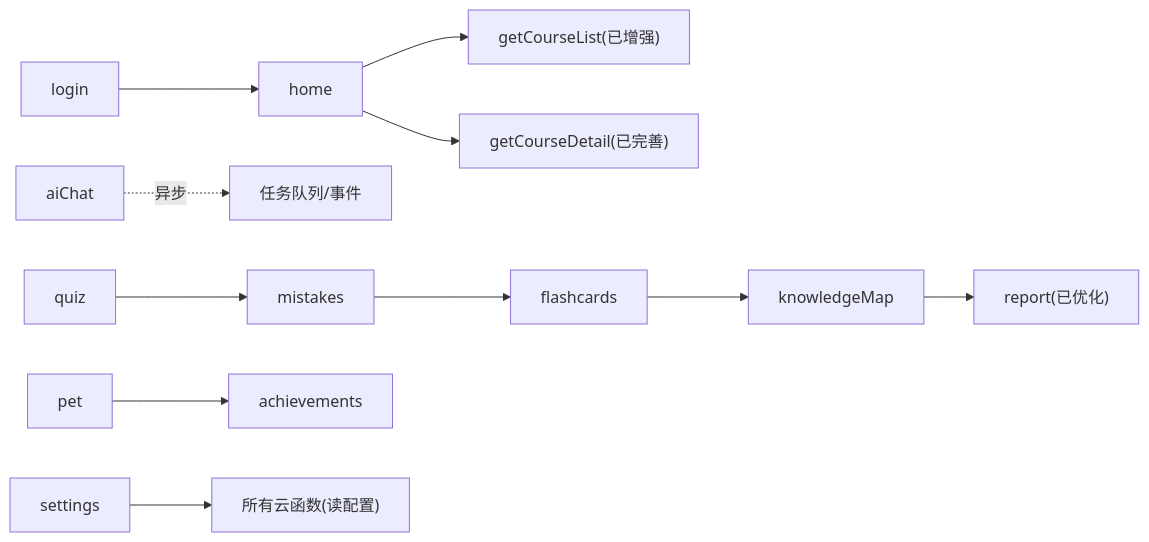
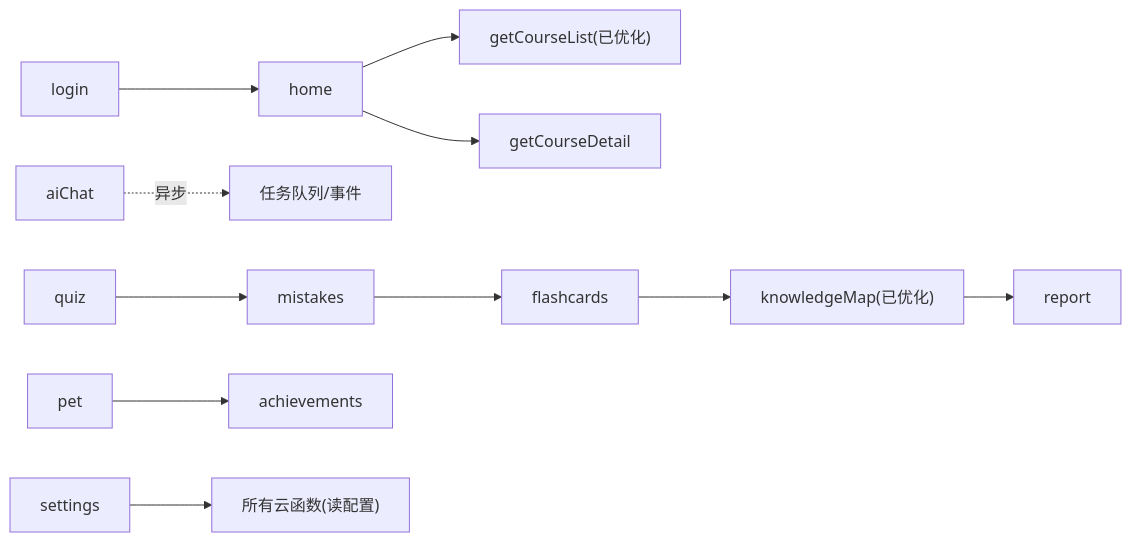
Before and after one commit to cwb7756/bio: the ninth of 9 diagrams in .qoder/repowiki/zh/content/架构设计/后端架构设计/云函数架构设计.md, drawn with Mermaid. The commit also changed other lines of this file and 98 other files, not shown here.

````diff
--- a/.qoder/repowiki/zh/content/架构设计/后端架构设计/云函数架构设计.md
+++ b/.qoder/repowiki/zh/content/架构设计/后端架构设计/云函数架构设计.md
@@ -359,13 +358,13 @@
 ```mermaid
 graph LR
 LOGIN["login"] --> HOME["home"]
-HOME --> GET_LIST["getCourseList(已增强)"]
-HOME --> GET_DETAIL["getCourseDetail(已完善)"]
+HOME --> GET_LIST["getCourseList(已优化)"]
+HOME --> GET_DETAIL["getCourseDetail"]
 AI["aiChat"] -.->|异步| QUEUE["任务队列/事件"]
 QUIZ["quiz"] --> MISTAKES["mistakes"]
 MISTAKES --> FLASH["flashcards"]
-FLASH --> KMAP["knowledgeMap"]
-KMAP --> REPORT["report(已优化)"]
+FLASH --> KMAP["knowledgeMap(已优化)"]
+KMAP --> REPORT["report"]
 PET["pet"] --> ACH["achievements"]
 SETTINGS["settings"] --> ALL["所有云函数(读配置)"]
 ```
````
